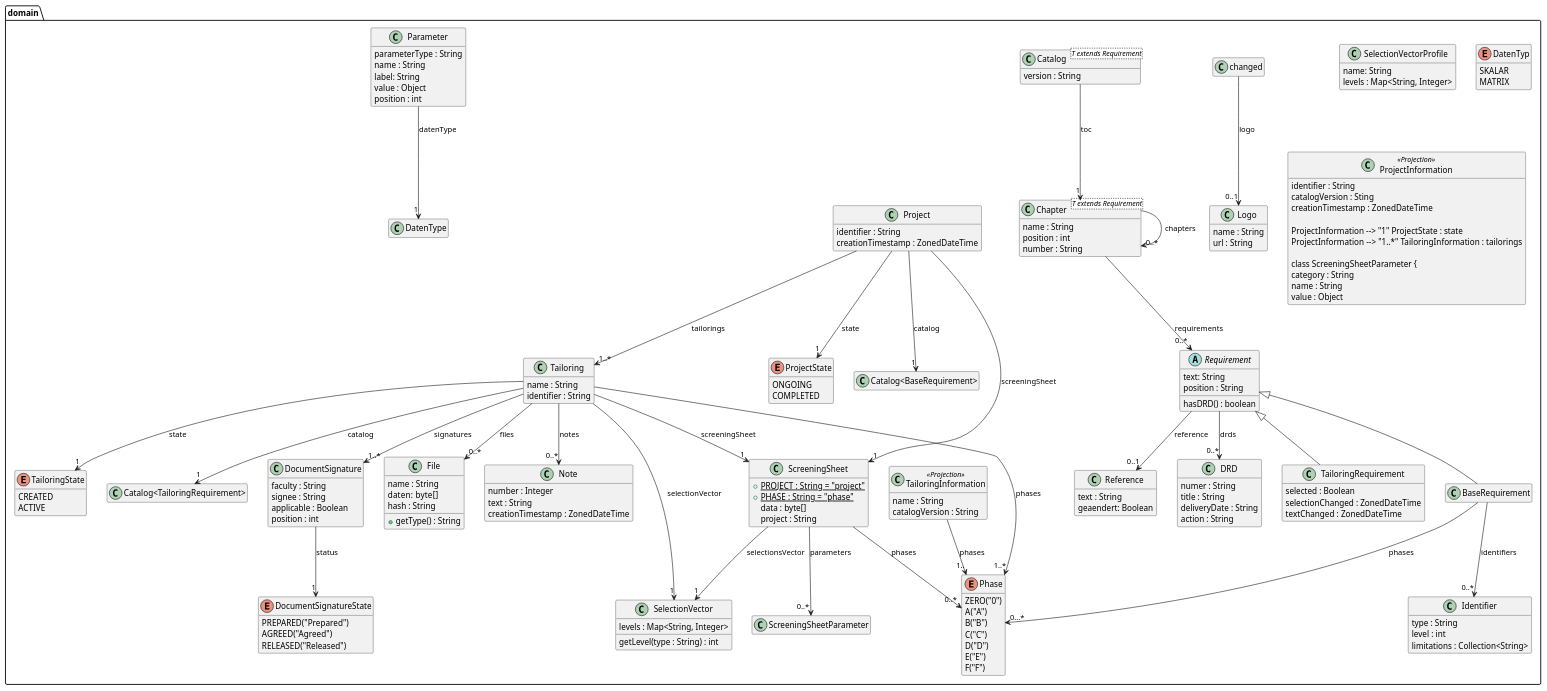
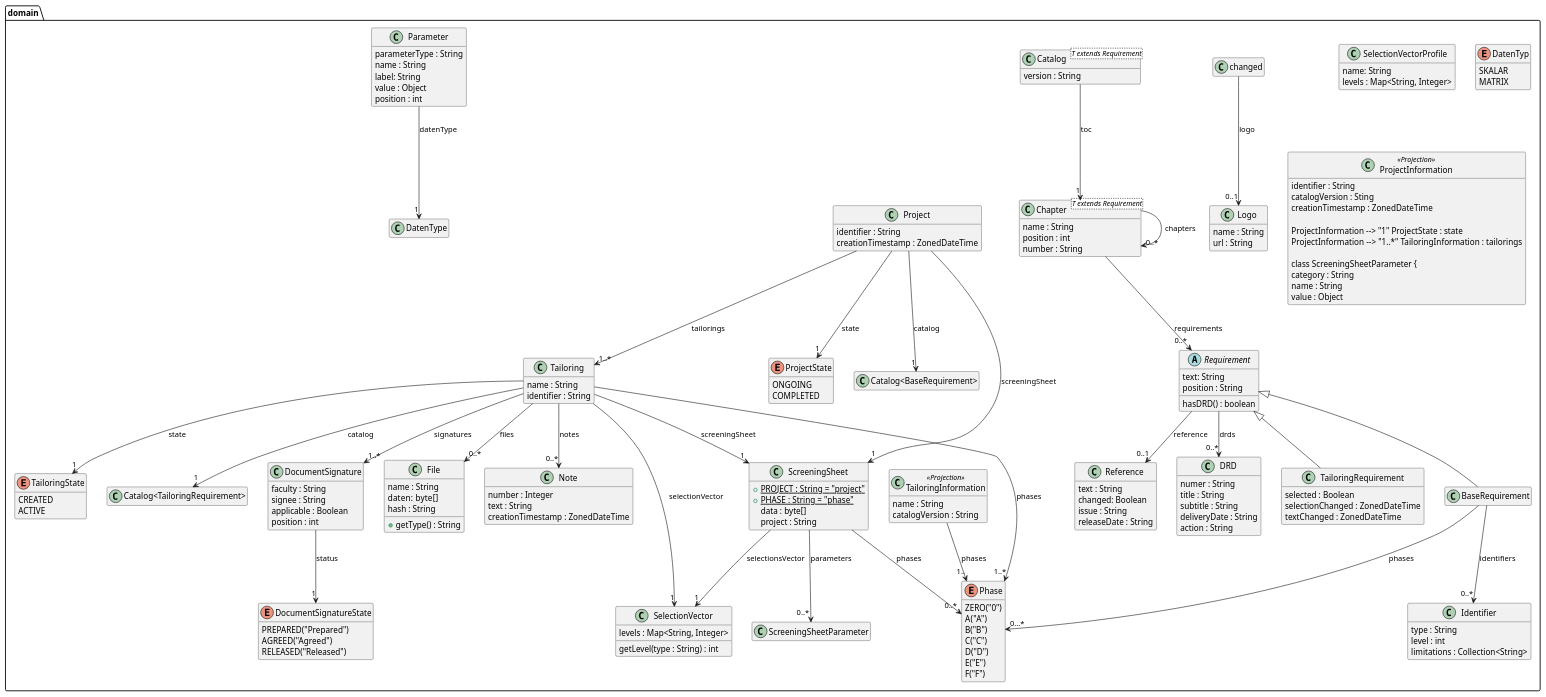
One commit to tailoringexpert/platform changed the diagram in src/site/arc42/plantuml/core/domain/Ebene3.plantuml. Above: the diagram before and after it, drawn with PlantUML. The commit also changed 11 other files, not shown here.

```diff
--- a/src/site/arc42/plantuml/core/domain/Ebene3.plantuml
+++ b/src/site/arc42/plantuml/core/domain/Ebene3.plantuml
@@ -1,190 +1,195 @@
 @startuml Ebene3.png
 skinparam componentStyle uml2
 
 package domain {
 
     class Logo {
         name : String
         url : String
     }
 
     class Reference {
       text : String
-      geaendert: Boolean
+      changed: Boolean
+      issue : String
+      releaseDate : String
+
+
     }
     changed --> "0..1" Logo : logo
 
     abstract class Requirement{
       text: String
       position : String
       hasDRD() : boolean
     }
     Requirement --> "0..1" Reference : reference
     Requirement --> "0..*" DRD : drds
 
     class DRD {
         numer : String
         title : String
+        subtitle : String
         deliveryDate : String
         action : String
     }
     class Identifier {
         type : String
         level : int
         limitations : Collection<String>
     }
 
     enum Phase {
         ZERO("0")
         A("A")
         B("B")
         C("C")
         D("D")
         E("E")
         F("F")
     }
 
     class BaseRequirement {
     }
     Requirement <|-- BaseRequirement
     BaseRequirement --> "0..*" Identifier : identifiers
     BaseRequirement --> "0...*" Phase : phases
 
 
     class Chapter<T extends Requirement> {
         name : String
         position : int
         number : String
     }
     Chapter --> "0..*" Chapter : chapters
     Chapter --> "0..*" Requirement : requirements
 
     class TailoringRequirement {
         selected : Boolean
         selectionChanged : ZonedDateTime
         textChanged : ZonedDateTime
     }
     Requirement <|-- TailoringRequirement
 
     class Catalog<T extends Requirement> {
         version : String
     }
     Catalog --> "1" Chapter : toc
 
 
     class SelectionVector {
         levels : Map<String, Integer>
         getLevel(type : String) : int
     }
 
     class SelectionVectorProfile {
         name: String
         levels : Map<String, Integer>
     }
 
     class ScreeningSheet {
         +{static} PROJECT : String = "project"
         +{static} PHASE : String = "phase"
         data : byte[]
         project : String
     }
     ScreeningSheet --> "1" SelectionVector : selectionsVector
     ScreeningSheet -->  "0..*" ScreeningSheetParameter : parameters
     ScreeningSheet -->  "0..*" Phase : phases
 
     class File {
         name : String
         daten:  byte[]
         hash : String
         +getType() : String
     }
 
     class Note {
         number : Integer
         text : String
         creationTimestamp : ZonedDateTime
     }
 
     enum TailoringState {
         CREATED
         ACTIVE
     }
 
     class Tailoring {
         name : String
         identifier : String
     }
 
     Tailoring --> "1" SelectionVector : selectionVector
     Tailoring --> "1" ScreeningSheet : screeningSheet
     Tailoring --> "1..*" Phase : phases
     Tailoring --> "1" "Catalog<TailoringRequirement>" : catalog
     Tailoring --> "1" TailoringState : state
     Tailoring --> "0..*" File : files
     Tailoring --> "1..*" DocumentSignature : signatures
     Tailoring --> "0..*" Note : notes
 
     enum ProjectState {
         ONGOING
         COMPLETED
     }
 
     class Project {
         identifier : String
         creationTimestamp : ZonedDateTime
     }
     Project --> "1" ProjectState : state
     Project --> "1..*" Tailoring : tailorings
     Project --> "1" ScreeningSheet : screeningSheet
     Project --> "1" "Catalog<BaseRequirement>" : catalog
 
     enum DatenTyp {
         SKALAR
         MATRIX
     }
 
     class Parameter {
         parameterType : String
         name : String
         label: String
         value : Object
         position : int
     }
     Parameter --> "1" DatenType : datenType
 
     enum DocumentSignatureState {
         PREPARED("Prepared")
         AGREED("Agreed")
         RELEASED("Released")
     }
 
     class DocumentSignature {
         faculty : String
         signee : String
         applicable : Boolean
         position : int
     }
     DocumentSignature --> "1" DocumentSignatureState : status
 
     class TailoringInformation<<Projection>> {
         name : String
         catalogVersion : String
     }
     TailoringInformation --> "1.." Phase : phases
 
     class ProjectInformation<<Projection>> {
         identifier : String
         catalogVersion : Sting
         creationTimestamp : ZonedDateTime
 
     ProjectInformation --> "1" ProjectState : state
     ProjectInformation --> "1..*" TailoringInformation : tailorings
 
     class ScreeningSheetParameter {
         category : String
         name : String
         value : Object
     }
 }
 hide empty members
 @enduml
```
